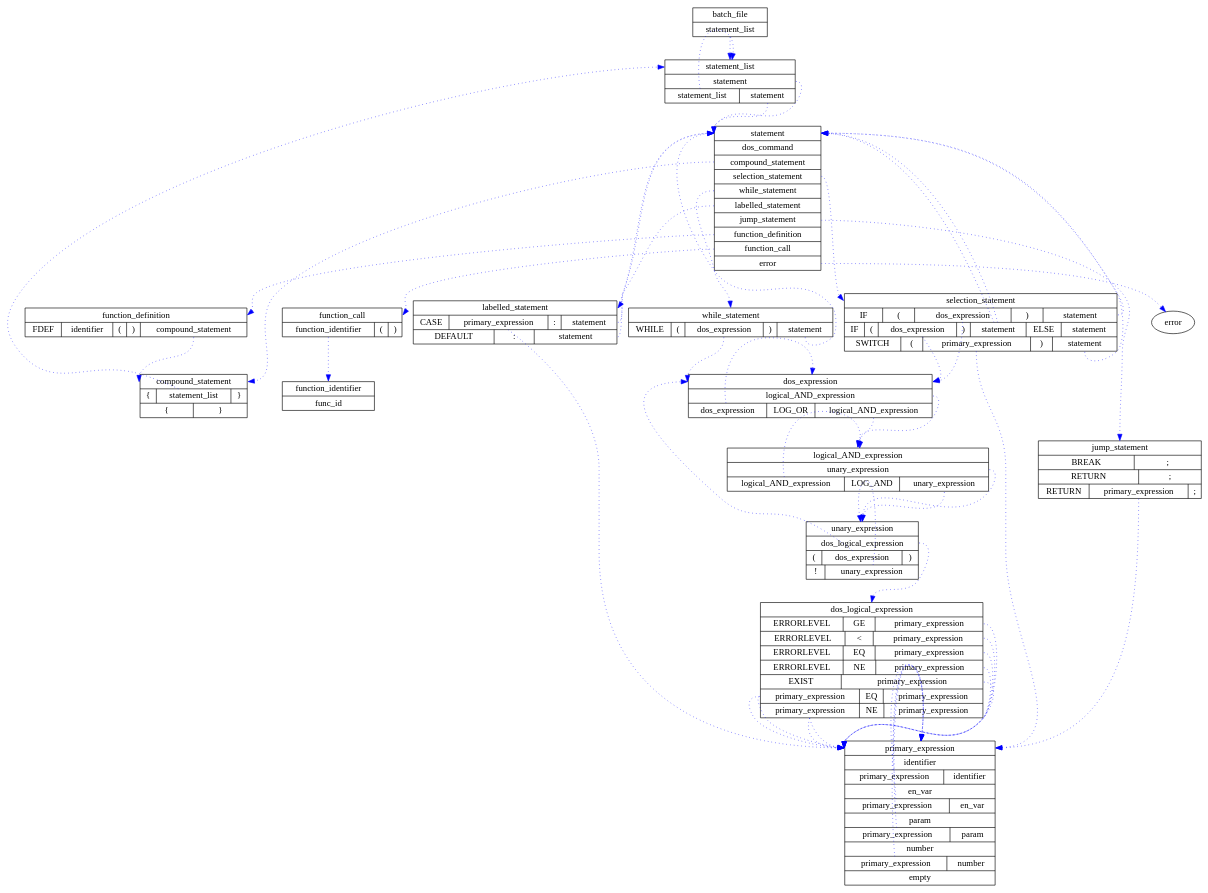
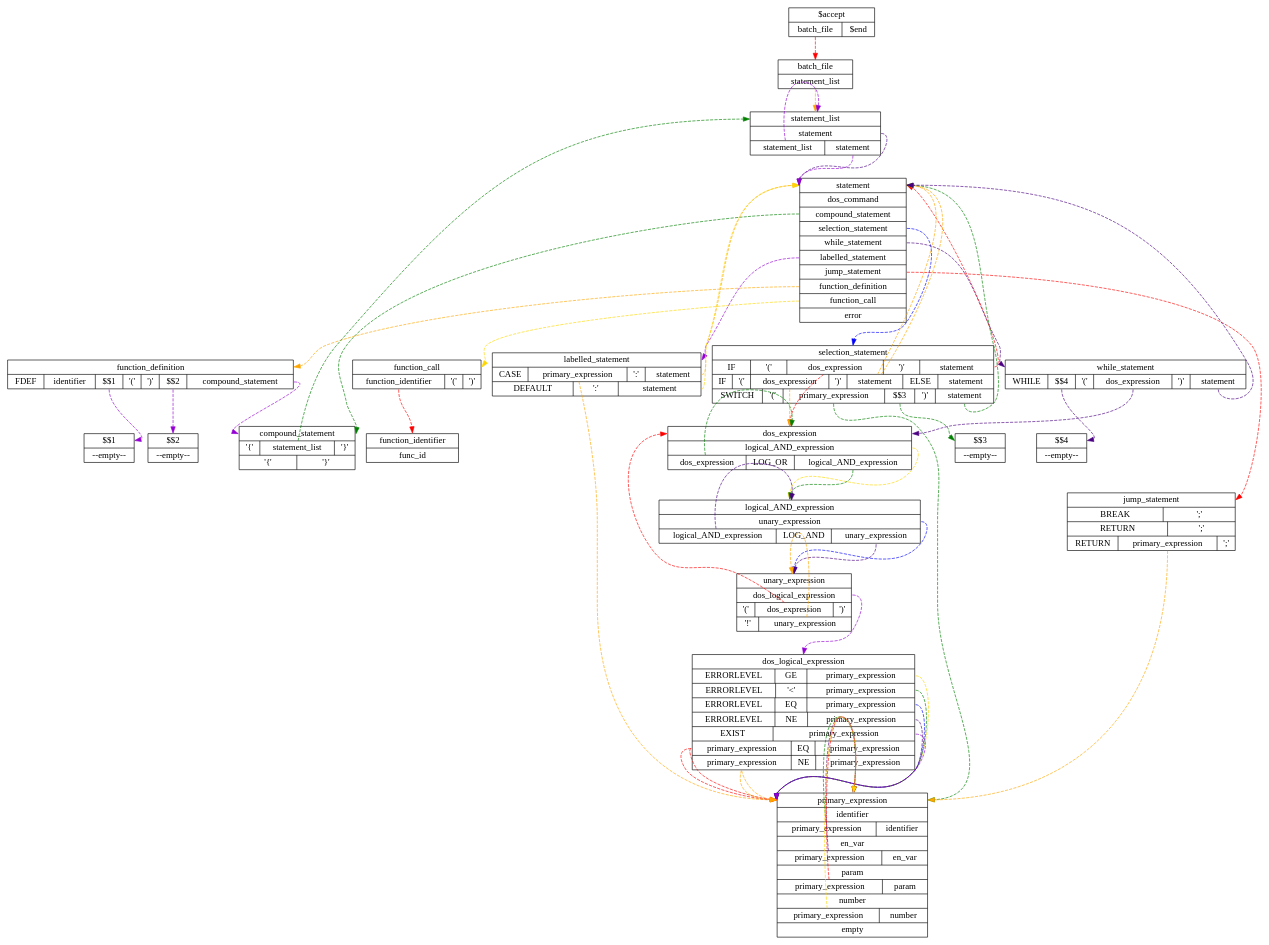
The diagram in doc/batchgen.y.dot (njamescouk/batchgen), drawn with Graphviz before and after one commit. The commit also changed 557 other files, not shown here.

```diff
--- a/doc/batchgen.y.dot
+++ b/doc/batchgen.y.dot
@@ -1,68 +1,83 @@
-digraph G { title="batchgen.y"
-"batch_file"[shape=record label="{<def>batch_file|{<statement_list_0>statement_list}}"];
-"statement"[shape=record label="{<def>statement|{dos_command}|{<compound_statement_1>compound_statement}|{<selection_statement_2>selection_statement}|{<while_statement_3>while_statement}|{<labelled_statement_4>labelled_statement}|{<jump_statement_5>jump_statement}|{<function_definition_6>function_definition}|{<function_call_7>function_call}|{<error_8>error}}"];
-"function_definition"[shape=record label="{<def>function_definition|{FDEF|identifier|(|)|<compound_statement_0>compound_statement}}"];
-"function_call"[shape=record label="{<def>function_call|{<function_identifier_0>function_identifier|(|)}}"];
-"labelled_statement"[shape=record label="{<def>labelled_statement|{CASE|<primary_expression_0>primary_expression|:|<statement_0>statement}|{DEFAULT|:|<statement_1>statement}}"];
-"compound_statement"[shape=record label="{<def>compound_statement|{\{|<statement_list_0>statement_list|\}}|{\{|\}}}"];
-"statement_list"[shape=record label="{<def>statement_list|{<statement_0>statement}|{<statement_list_1>statement_list|<statement_1>statement}}"];
-"selection_statement"[shape=record label="{<def>selection_statement|{IF|(|<dos_expression_0>dos_expression|)|<statement_0>statement}|{IF|(|<dos_expression_1>dos_expression|)|<statement_1>statement|ELSE|<statement_1>statement}|{SWITCH|(|<primary_expression_2>primary_expression|)|<statement_2>statement}}"];
-"while_statement"[shape=record label="{<def>while_statement|{WHILE|(|<dos_expression_0>dos_expression|)|<statement_0>statement}}"];
-"jump_statement"[shape=record label="{<def>jump_statement|{BREAK|;}|{RETURN|;}|{RETURN|<primary_expression_2>primary_expression|;}}"];
-"dos_expression"[shape=record label="{<def>dos_expression|{<logical_AND_expression_0>logical_AND_expression}|{<dos_expression_1>dos_expression|LOG_OR|<logical_AND_expression_1>logical_AND_expression}}"];
-"logical_AND_expression"[shape=record label="{<def>logical_AND_expression|{<unary_expression_0>unary_expression}|{<logical_AND_expression_1>logical_AND_expression|LOG_AND|<unary_expression_1>unary_expression}}"];
-"unary_expression"[shape=record label="{<def>unary_expression|{<dos_logical_expression_0>dos_logical_expression}|{(|<dos_expression_1>dos_expression|)}|{!|<unary_expression_2>unary_expression}}"];
-"dos_logical_expression"[shape=record label="{<def>dos_logical_expression|{ERRORLEVEL|GE|<primary_expression_0>primary_expression}|{ERRORLEVEL|\<|<primary_expression_1>primary_expression}|{ERRORLEVEL|EQ|<primary_expression_2>primary_expression}|{ERRORLEVEL|NE|<primary_expression_3>primary_expression}|{EXIST|<primary_expression_4>primary_expression}|{<primary_expression_5>primary_expression|EQ|<primary_expression_5>primary_expression}|{<primary_expression_6>primary_expression|NE|<primary_expression_6>primary_expression}}"];
-"primary_expression"[shape=record label="{<def>primary_expression|{identifier}|{<primary_expression_1>primary_expression|identifier}|{en_var}|{<primary_expression_3>primary_expression|en_var}|{param}|{<primary_expression_5>primary_expression|param}|{number}|{<primary_expression_7>primary_expression|number}|{empty}}"];
+/*
+ yOutputMarkup y.output
+ Jun  8 2015 14:33:54
+*/
+digraph G { title="y.output"
+compound="true"
+
+"$accept"[shape=record label="{<def>$accept|{<batch_file_0>batch_file|$end}}"];
+"batch_file"[shape=record label="{<def>batch_file|{<statement_list_1>statement_list}}"];
+"statement"[shape=record label="{<def>statement|{dos_command}|{<compound_statement_3>compound_statement}|{<selection_statement_4>selection_statement}|{<while_statement_5>while_statement}|{<labelled_statement_6>labelled_statement}|{<jump_statement_7>jump_statement}|{<function_definition_8>function_definition}|{<function_call_9>function_call}|{error}}"];
+"$$1"[shape=record label="{<def>$$1|{--empty--}}"];
+"$$2"[shape=record label="{<def>$$2|{--empty--}}"];
+"function_definition"[shape=record label="{<def>function_definition|{FDEF|identifier|<$$1_13>$$1|'('|')'|<$$2_13>$$2|<compound_statement_13>compound_statement}}"];
+"function_call"[shape=record label="{<def>function_call|{<function_identifier_14>function_identifier|'('|')'}}"];
+"labelled_statement"[shape=record label="{<def>labelled_statement|{CASE|<primary_expression_15>primary_expression|':'|<statement_15>statement}|{DEFAULT|':'|<statement_16>statement}}"];
+"compound_statement"[shape=record label="{<def>compound_statement|{\'\{\'|<statement_list_17>statement_list|\'\}\'}|{\'\{\'|\'\}\'}}"];
+"statement_list"[shape=record label="{<def>statement_list|{<statement_19>statement}|{<statement_list_20>statement_list|<statement_20>statement}}"];
+"selection_statement"[shape=record label="{<def>selection_statement|{IF|'('|<dos_expression_21>dos_expression|')'|<statement_21>statement}|{IF|'('|<dos_expression_22>dos_expression|')'|<statement_22>statement|ELSE|<statement_22>statement}|{SWITCH|'('|<primary_expression_24>primary_expression|<$$3_24>$$3|')'|<statement_24>statement}}"];
+"$$3"[shape=record label="{<def>$$3|{--empty--}}"];
+"$$4"[shape=record label="{<def>$$4|{--empty--}}"];
+"while_statement"[shape=record label="{<def>while_statement|{WHILE|<$$4_26>$$4|'('|<dos_expression_26>dos_expression|')'|<statement_26>statement}}"];
+"jump_statement"[shape=record label="{<def>jump_statement|{BREAK|';'}|{RETURN|';'}|{RETURN|<primary_expression_29>primary_expression|';'}}"];
+"dos_expression"[shape=record label="{<def>dos_expression|{<logical_AND_expression_30>logical_AND_expression}|{<dos_expression_31>dos_expression|LOG_OR|<logical_AND_expression_31>logical_AND_expression}}"];
+"logical_AND_expression"[shape=record label="{<def>logical_AND_expression|{<unary_expression_32>unary_expression}|{<logical_AND_expression_33>logical_AND_expression|LOG_AND|<unary_expression_33>unary_expression}}"];
+"unary_expression"[shape=record label="{<def>unary_expression|{<dos_logical_expression_34>dos_logical_expression}|{'('|<dos_expression_35>dos_expression|')'}|{'!'|<unary_expression_36>unary_expression}}"];
+"dos_logical_expression"[shape=record label="{<def>dos_logical_expression|{ERRORLEVEL|GE|<primary_expression_37>primary_expression}|{ERRORLEVEL|\'\<\'|<primary_expression_38>primary_expression}|{ERRORLEVEL|EQ|<primary_expression_39>primary_expression}|{ERRORLEVEL|NE|<primary_expression_40>primary_expression}|{EXIST|<primary_expression_41>primary_expression}|{<primary_expression_42>primary_expression|EQ|<primary_expression_42>primary_expression}|{<primary_expression_43>primary_expression|NE|<primary_expression_43>primary_expression}}"];
+"primary_expression"[shape=record label="{<def>primary_expression|{identifier}|{<primary_expression_45>primary_expression|identifier}|{en_var}|{<primary_expression_47>primary_expression|en_var}|{param}|{<primary_expression_49>primary_expression|param}|{number}|{<primary_expression_51>primary_expression|number}|{empty}}"];
 "function_identifier"[shape=record label="{<def>function_identifier|{func_id}}"];
-"batch_file":statement_list_0 -> "statement_list":def [color = blue style = dotted];
-"statement":compound_statement_1 -> "compound_statement":def [color = blue style = dotted];
-"statement":selection_statement_2 -> "selection_statement":def [color = blue style = dotted];
-"statement":while_statement_3 -> "while_statement":def [color = blue style = dotted];
-"statement":labelled_statement_4 -> "labelled_statement":def [color = blue style = dotted];
-"statement":jump_statement_5 -> "jump_statement":def [color = blue style = dotted];
-"statement":function_definition_6 -> "function_definition":def [color = blue style = dotted];
-"statement":function_call_7 -> "function_call":def [color = blue style = dotted];
-"statement":error_8 -> "error":def [color = blue style = dotted];
-"function_definition":compound_statement_0 -> "compound_statement":def [color = blue style = dotted];
-"function_call":function_identifier_0 -> "function_identifier":def [color = blue style = dotted];
-"labelled_statement":primary_expression_0 -> "primary_expression":def [color = blue style = dotted];
-"labelled_statement":statement_0 -> "statement":def [color = blue style = dotted];
-"labelled_statement":statement_1 -> "statement":def [color = blue style = dotted];
-"compound_statement":statement_list_0 -> "statement_list":def [color = blue style = dotted];
-"statement_list":statement_0 -> "statement":def [color = blue style = dotted];
-"statement_list":statement_list_1 -> "statement_list":def [color = blue style = dotted];
-"statement_list":statement_1 -> "statement":def [color = blue style = dotted];
-"selection_statement":dos_expression_0 -> "dos_expression":def [color = blue style = dotted];
-"selection_statement":statement_0 -> "statement":def [color = blue style = dotted];
-"selection_statement":dos_expression_1 -> "dos_expression":def [color = blue style = dotted];
-"selection_statement":statement_1 -> "statement":def [color = blue style = dotted];
-"selection_statement":statement_1 -> "statement":def [color = blue style = dotted];
-"selection_statement":primary_expression_2 -> "primary_expression":def [color = blue style = dotted];
-"selection_statement":statement_2 -> "statement":def [color = blue style = dotted];
-"while_statement":dos_expression_0 -> "dos_expression":def [color = blue style = dotted];
-"while_statement":statement_0 -> "statement":def [color = blue style = dotted];
-"jump_statement":primary_expression_2 -> "primary_expression":def [color = blue style = dotted];
-"dos_expression":logical_AND_expression_0 -> "logical_AND_expression":def [color = blue style = dotted];
-"dos_expression":dos_expression_1 -> "dos_expression":def [color = blue style = dotted];
-"dos_expression":logical_AND_expression_1 -> "logical_AND_expression":def [color = blue style = dotted];
-"logical_AND_expression":unary_expression_0 -> "unary_expression":def [color = blue style = dotted];
-"logical_AND_expression":logical_AND_expression_1 -> "logical_AND_expression":def [color = blue style = dotted];
-"logical_AND_expression":unary_expression_1 -> "unary_expression":def [color = blue style = dotted];
-"unary_expression":dos_logical_expression_0 -> "dos_logical_expression":def [color = blue style = dotted];
-"unary_expression":dos_expression_1 -> "dos_expression":def [color = blue style = dotted];
-"unary_expression":unary_expression_2 -> "unary_expression":def [color = blue style = dotted];
-"dos_logical_expression":primary_expression_0 -> "primary_expression":def [color = blue style = dotted];
-"dos_logical_expression":primary_expression_1 -> "primary_expression":def [color = blue style = dotted];
-"dos_logical_expression":primary_expression_2 -> "primary_expression":def [color = blue style = dotted];
-"dos_logical_expression":primary_expression_3 -> "primary_expression":def [color = blue style = dotted];
-"dos_logical_expression":primary_expression_4 -> "primary_expression":def [color = blue style = dotted];
-"dos_logical_expression":primary_expression_5 -> "primary_expression":def [color = blue style = dotted];
-"dos_logical_expression":primary_expression_5 -> "primary_expression":def [color = blue style = dotted];
-"dos_logical_expression":primary_expression_6 -> "primary_expression":def [color = blue style = dotted];
-"dos_logical_expression":primary_expression_6 -> "primary_expression":def [color = blue style = dotted];
-"primary_expression":primary_expression_1 -> "primary_expression":def [color = blue style = dotted];
-"primary_expression":primary_expression_3 -> "primary_expression":def [color = blue style = dotted];
-"primary_expression":primary_expression_5 -> "primary_expression":def [color = blue style = dotted];
-"primary_expression":primary_expression_7 -> "primary_expression":def [color = blue style = dotted];
+"$accept":"batch_file_0" -> "batch_file":def [color = red style = dashed];
+"batch_file":"statement_list_1" -> "statement_list":def [color = orange style = dashed];
+"statement":"compound_statement_3" -> "compound_statement":def [color = green style = dashed];
+"statement":"selection_statement_4" -> "selection_statement":def [color = blue style = dashed];
+"statement":"while_statement_5" -> "while_statement":def [color = indigo style = dashed];
+"statement":"labelled_statement_6" -> "labelled_statement":def [color = darkviolet style = dashed];
+"statement":"jump_statement_7" -> "jump_statement":def [color = red style = dashed];
+"statement":"function_definition_8" -> "function_definition":def [color = orange style = dashed];
+"statement":"function_call_9" -> "function_call":def [color = gold style = dashed];
+"function_definition":"$$1_13" -> "$$1":def [color = darkviolet style = dashed];
+"function_definition":"$$2_13" -> "$$2":def [color = darkviolet style = dashed];
+"function_definition":"compound_statement_13" -> "compound_statement":def [color = darkviolet style = dashed];
+"function_call":"function_identifier_14" -> "function_identifier":def [color = red style = dashed];
+"labelled_statement":"primary_expression_15" -> "primary_expression":def [color = orange style = dashed];
+"labelled_statement":"statement_15" -> "statement":def [color = orange style = dashed];
+"labelled_statement":"statement_16" -> "statement":def [color = gold style = dashed];
+"compound_statement":"statement_list_17" -> "statement_list":def [color = green style = dashed];
+"statement_list":"statement_19" -> "statement":def [color = indigo style = dashed];
+"statement_list":"statement_list_20" -> "statement_list":def [color = darkviolet style = dashed];
+"statement_list":"statement_20" -> "statement":def [color = darkviolet style = dashed];
+"selection_statement":"dos_expression_21" -> "dos_expression":def [color = red style = dashed];
+"selection_statement":"statement_21" -> "statement":def [color = red style = dashed];
+"selection_statement":"dos_expression_22" -> "dos_expression":def [color = orange style = dashed];
+"selection_statement":"statement_22" -> "statement":def [color = orange style = dashed];
+"selection_statement":"statement_22" -> "statement":def [color = orange style = dashed];
+"selection_statement":"primary_expression_24" -> "primary_expression":def [color = green style = dashed];
+"selection_statement":"$$3_24" -> "$$3":def [color = green style = dashed];
+"selection_statement":"statement_24" -> "statement":def [color = green style = dashed];
+"while_statement":"$$4_26" -> "$$4":def [color = indigo style = dashed];
+"while_statement":"dos_expression_26" -> "dos_expression":def [color = indigo style = dashed];
+"while_statement":"statement_26" -> "statement":def [color = indigo style = dashed];
+"jump_statement":"primary_expression_29" -> "primary_expression":def [color = orange style = dashed];
+"dos_expression":"logical_AND_expression_30" -> "logical_AND_expression":def [color = gold style = dashed];
+"dos_expression":"dos_expression_31" -> "dos_expression":def [color = green style = dashed];
+"dos_expression":"logical_AND_expression_31" -> "logical_AND_expression":def [color = green style = dashed];
+"logical_AND_expression":"unary_expression_32" -> "unary_expression":def [color = blue style = dashed];
+"logical_AND_expression":"logical_AND_expression_33" -> "logical_AND_expression":def [color = indigo style = dashed];
+"logical_AND_expression":"unary_expression_33" -> "unary_expression":def [color = indigo style = dashed];
+"unary_expression":"dos_logical_expression_34" -> "dos_logical_expression":def [color = darkviolet style = dashed];
+"unary_expression":"dos_expression_35" -> "dos_expression":def [color = red style = dashed];
+"unary_expression":"unary_expression_36" -> "unary_expression":def [color = orange style = dashed];
+"dos_logical_expression":"primary_expression_37" -> "primary_expression":def [color = gold style = dashed];
+"dos_logical_expression":"primary_expression_38" -> "primary_expression":def [color = green style = dashed];
+"dos_logical_expression":"primary_expression_39" -> "primary_expression":def [color = blue style = dashed];
+"dos_logical_expression":"primary_expression_40" -> "primary_expression":def [color = indigo style = dashed];
+"dos_logical_expression":"primary_expression_41" -> "primary_expression":def [color = darkviolet style = dashed];
+"dos_logical_expression":"primary_expression_42" -> "primary_expression":def [color = red style = dashed];
+"dos_logical_expression":"primary_expression_42" -> "primary_expression":def [color = red style = dashed];
+"dos_logical_expression":"primary_expression_43" -> "primary_expression":def [color = orange style = dashed];
+"dos_logical_expression":"primary_expression_43" -> "primary_expression":def [color = orange style = dashed];
+"primary_expression":"primary_expression_45" -> "primary_expression":def [color = green style = dashed];
+"primary_expression":"primary_expression_47" -> "primary_expression":def [color = indigo style = dashed];
+"primary_expression":"primary_expression_49" -> "primary_expression":def [color = red style = dashed];
+"primary_expression":"primary_expression_51" -> "primary_expression":def [color = gold style = dashed];
 }
```
